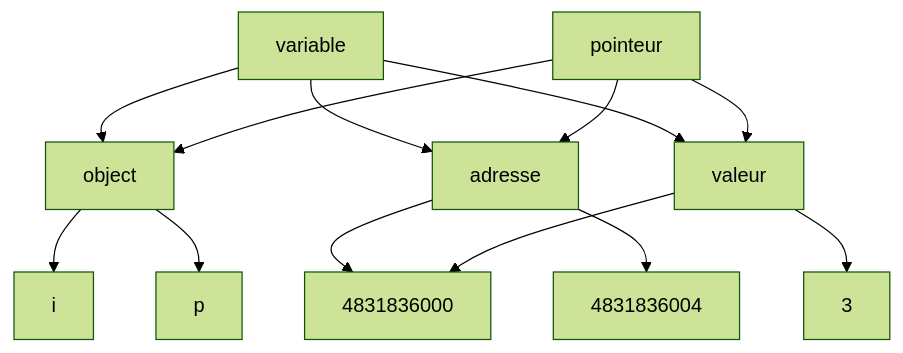
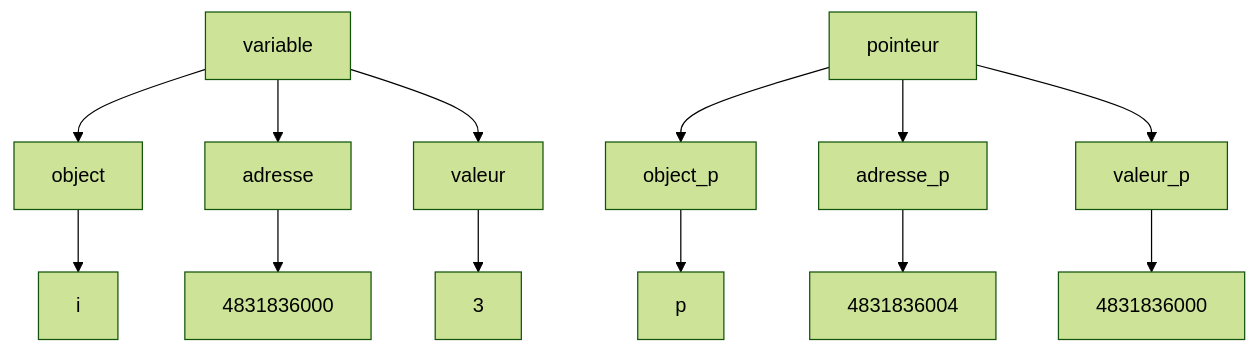
The second of 2 diagrams in c_language/pointers.md (steevnPrm/courses), drawn with Mermaid (forest theme) before and after one commit. The commit also changed other lines of this file, not shown here.

````diff
--- a/c_language/pointers.md
+++ b/c_language/pointers.md
@@ -24,11 +24,12 @@
 ```mermaid
 flowchart TD
+
+psid[4831836000]
 variable --> object --> i
 variable --> adresse --> 4831836000
 variable --> valeur --> 3
 
-pointeur --> object --> p
-pointeur --> adresse --> 4831836004
-pointeur --> valeur --> 4831836000
-
+pointeur --> object_p --> p
+pointeur --> adresse_p --> 4831836004
+pointeur --> valeur_p --> psid
 ```
````
